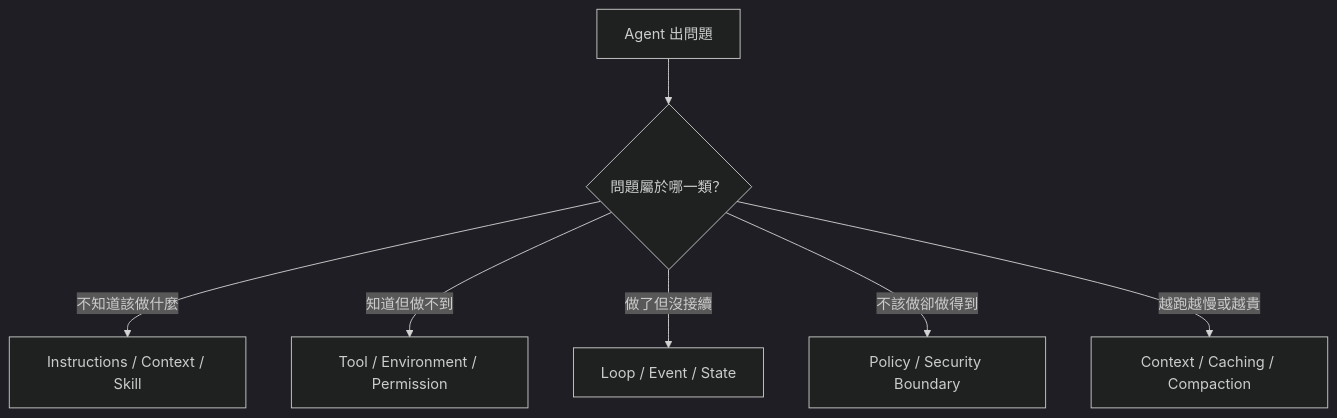
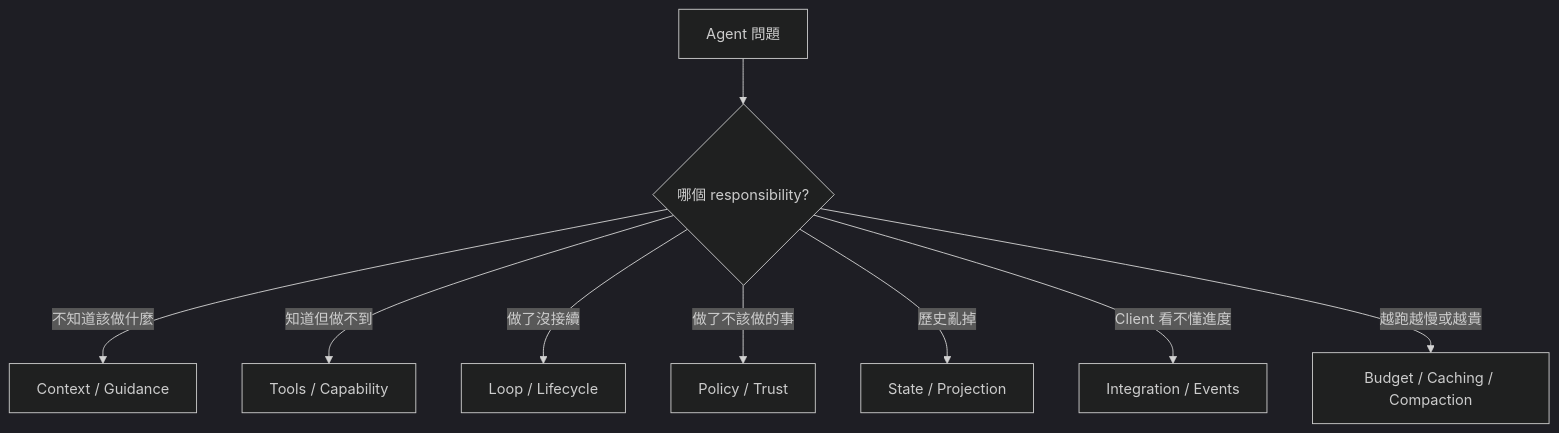
One commit to indigofeather/harness-book changed the fifth of 5 diagrams in docs/foundations/what-is-harness.md. Above: the diagram before and after it, drawn with Mermaid (dark theme). The commit also changed other lines of this file and 48 other files, not shown here.

````diff
--- a/docs/foundations/what-is-harness.md
+++ b/docs/foundations/what-is-harness.md
@@ -262,9 +283,11 @@
 ```mermaid
 flowchart TD
-  Q[Agent 出問題] --> A{問題屬於哪一類？}
-  A -->|不知道該做什麼| I[Instructions / Context / Skill]
-  A -->|知道但做不到| T[Tool / Environment / Permission]
-  A -->|做了但沒接續| L[Loop / Event / State]
-  A -->|不該做卻做得到| P[Policy / Security Boundary]
-  A -->|越跑越慢或越貴| C[Context / Caching / Compaction]
+  Q[Agent 問題] --> A{哪個 responsibility?}
+  A -->|不知道該做什麼| C[Context / Guidance]
+  A -->|知道但做不到| T[Tools / Capability]
+  A -->|做了沒接續| L[Loop / Lifecycle]
+  A -->|做了不該做的事| P[Policy / Trust]
+  A -->|歷史亂掉| S[State / Projection]
+  A -->|Client 看不懂進度| I[Integration / Events]
+  A -->|越跑越慢或越貴| B[Budget / Caching / Compaction]
 ```
````
